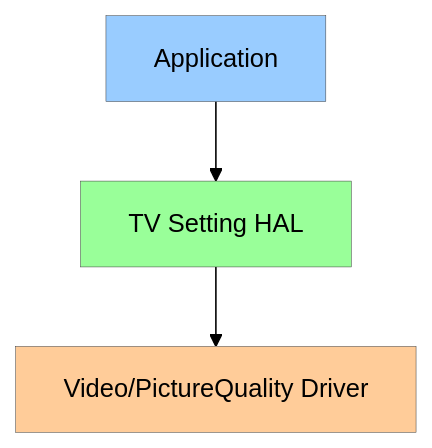
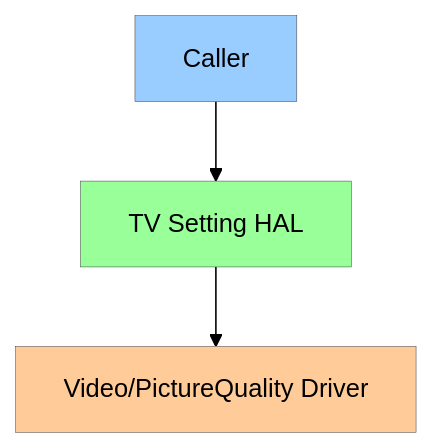
The first of 3 diagrams in docs/pages/halSpec.md (rdkcentral/rdkv-halif-tvsettings), drawn with Mermaid before and after one commit. The commit also changed other lines of this file, not shown here.

````diff
--- a/docs/pages/halSpec.md
+++ b/docs/pages/halSpec.md
@@ -25,9 +28,9 @@
 ```mermaid
 %%{ init : { "theme" : "forest", "flowchart" : { "curve" : "linear" }}}%%
 flowchart TD
-Application --> x[TV Setting HAL] 
+Caller --> x[TV Setting HAL] 
 x[TV Setting HAL] --> y[Video/PictureQuality Driver]
-style Application fill:#99CCFF,stroke:#333,stroke-width:0.3px
+style Caller fill:#99CCFF,stroke:#333,stroke-width:0.3px
 style y fill:#fc9,stroke:#333,stroke-width:0.3px
 style x fill:#9f9,stroke:#333,stroke-width:0.3px
 ```
````
